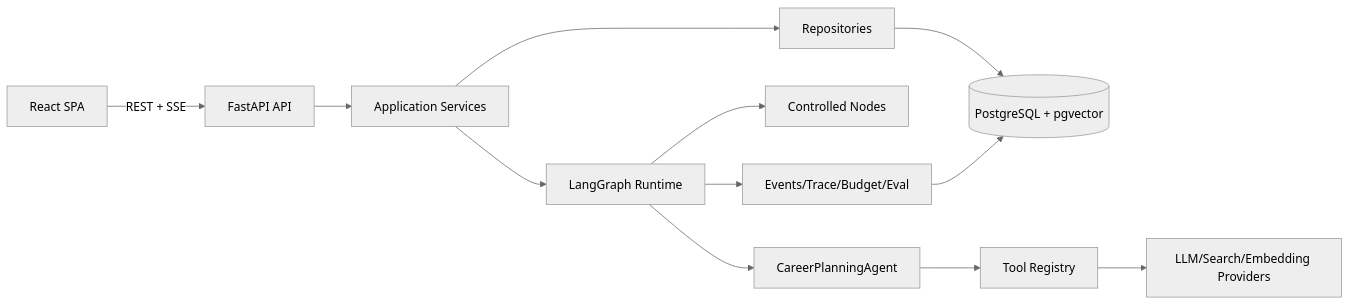
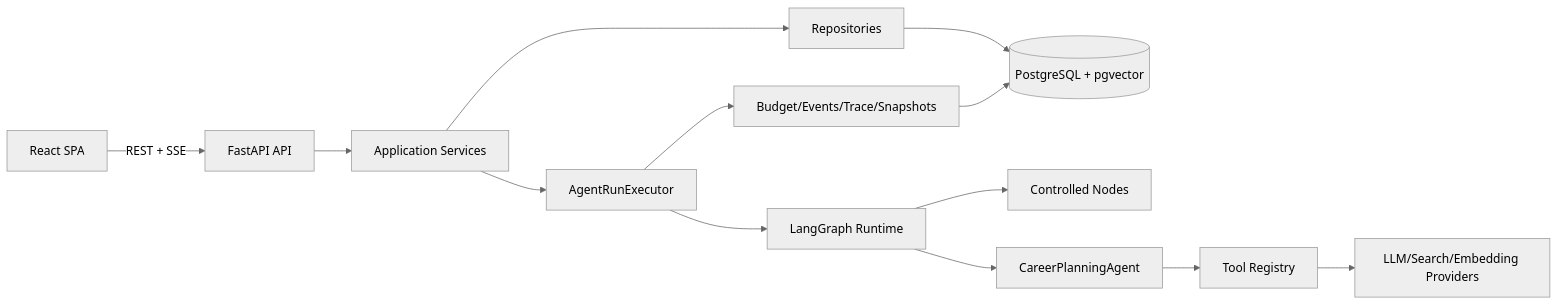
The first of 2 diagrams in docs/architecture/tdd.md (lyyjsr/career-planning-buddy), drawn with Mermaid (neutral theme) before and after one commit. The commit also changed other lines of this file and 73 other files, not shown here.

Commit message:
docs: complete agent runtime and workflow design

````diff
--- a/docs/architecture/tdd.md
+++ b/docs/architecture/tdd.md
@@ -9,14 +9,15 @@
 ```mermaid
 flowchart LR
     FE[React SPA] -->|REST + SSE| API[FastAPI API]
     API --> SVC[Application Services]
     SVC --> REPO[Repositories]
     REPO --> DB[(PostgreSQL + pgvector)]
-    SVC --> GRAPH[LangGraph Runtime]
+    SVC --> EXEC[AgentRunExecutor]
+    EXEC --> GRAPH[LangGraph Runtime]
     GRAPH --> NODES[Controlled Nodes]
     GRAPH --> AGENT[CareerPlanningAgent]
     AGENT --> TOOLS[Tool Registry]
     TOOLS --> PROVIDERS[LLM/Search/Embedding Providers]
-    GRAPH --> HARNESS[Events/Trace/Budget/Eval]
+    EXEC --> HARNESS[Budget/Events/Trace/Snapshots]
     HARNESS --> DB
 ```
````
